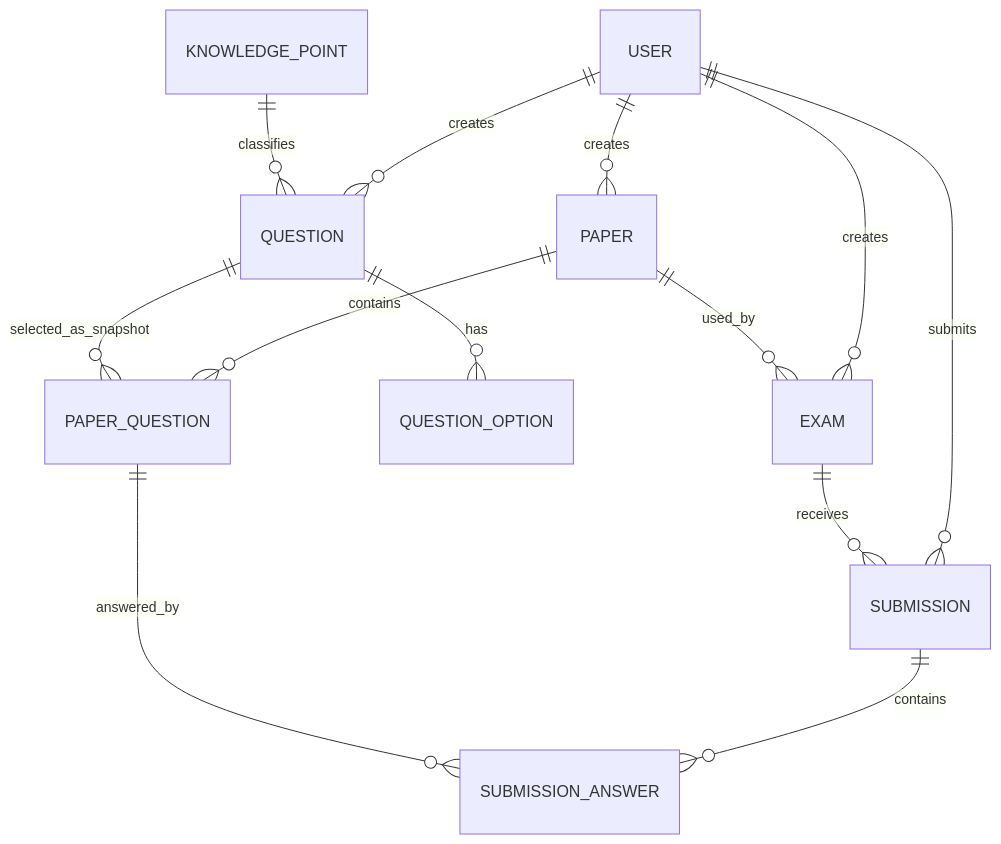
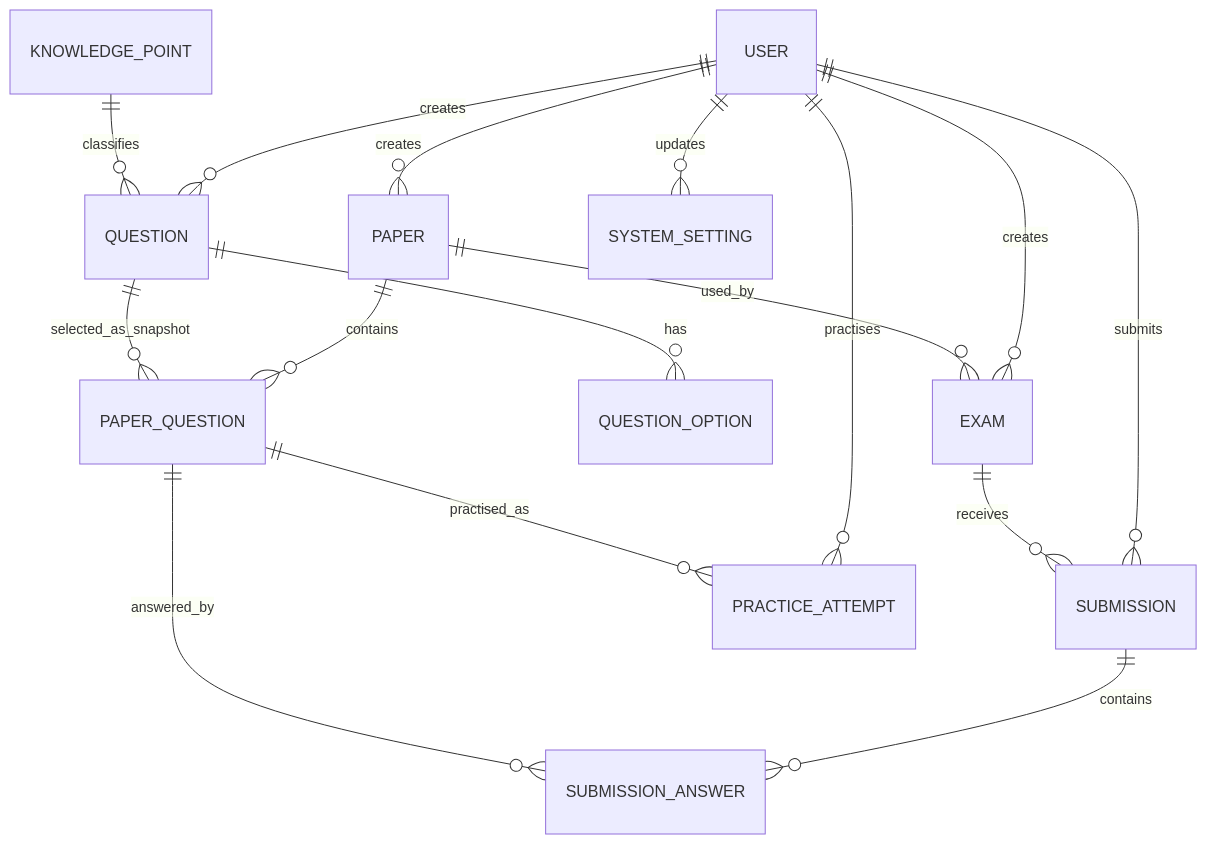
Before and after one commit to Jwz-git/smart-exam-platform: the diagram in docs/database-design.md, drawn with Mermaid. The commit also changed other lines of this file and 76 other files, not shown here.

````diff
--- a/docs/database-design.md
+++ b/docs/database-design.md
@@ -5,15 +5,18 @@
 ```mermaid
 erDiagram
     USER ||--o{ QUESTION : creates
     USER ||--o{ PAPER : creates
     USER ||--o{ EXAM : creates
     USER ||--o{ SUBMISSION : submits
     KNOWLEDGE_POINT ||--o{ QUESTION : classifies
     QUESTION ||--o{ QUESTION_OPTION : has
     PAPER ||--o{ PAPER_QUESTION : contains
     QUESTION ||--o{ PAPER_QUESTION : selected_as_snapshot
     PAPER ||--o{ EXAM : used_by
     EXAM ||--o{ SUBMISSION : receives
     SUBMISSION ||--o{ SUBMISSION_ANSWER : contains
     PAPER_QUESTION ||--o{ SUBMISSION_ANSWER : answered_by
+    USER ||--o{ PRACTICE_ATTEMPT : practises
+    PAPER_QUESTION ||--o{ PRACTICE_ATTEMPT : practised_as
+    USER ||--o{ SYSTEM_SETTING : updates
 ```
````
